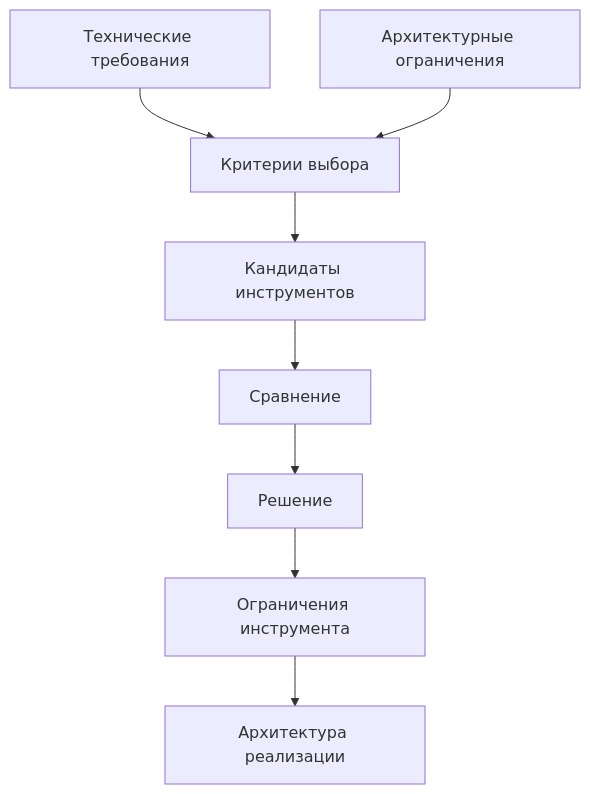
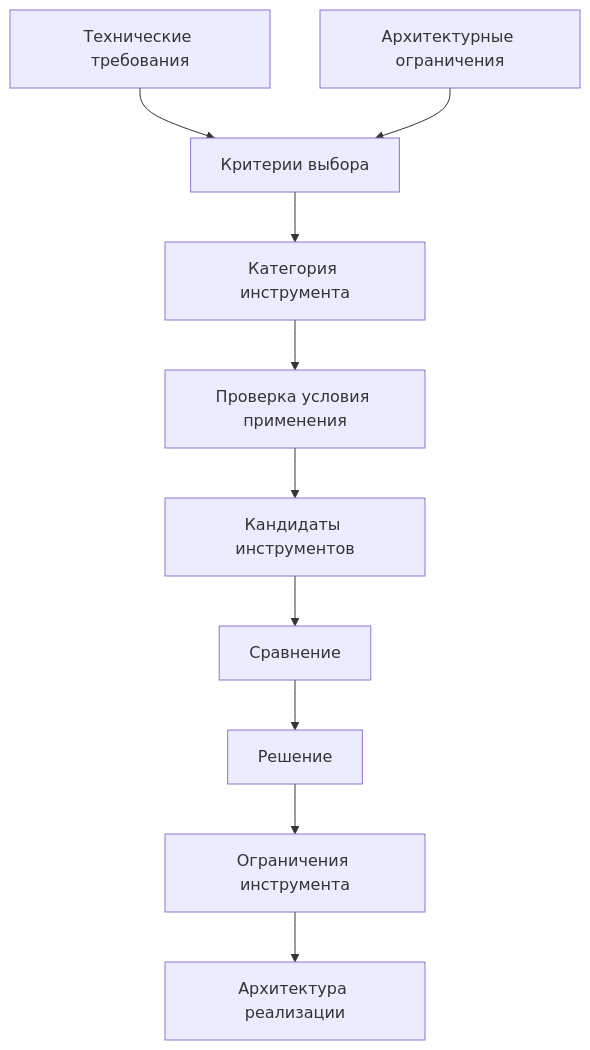
The third of 3 diagrams in docs/03_roadmaps/Roadmap_Toolchain_Selection.md (Mvil34998/Programming-Digital-Systems), drawn with Mermaid before and after one commit. The commit also changed other lines of this file, not shown here.

Commit message:
Update toolchain roadmap categories

````diff
--- a/docs/03_roadmaps/Roadmap_Toolchain_Selection.md
+++ b/docs/03_roadmaps/Roadmap_Toolchain_Selection.md
@@ -471,10 +439,12 @@
 ```mermaid
 flowchart TD
     A[Технические требования] --> B[Критерии выбора]
     C[Архитектурные ограничения] --> B
-    B --> D[Кандидаты инструментов]
-    D --> E[Сравнение]
-    E --> F[Решение]
-    F --> G[Ограничения инструмента]
-    G --> H[Архитектура реализации]
+    B --> D[Категория инструмента]
+    D --> E[Проверка условия применения]
+    E --> F[Кандидаты инструментов]
+    F --> G[Сравнение]
+    G --> H[Решение]
+    H --> I[Ограничения инструмента]
+    I --> J[Архитектура реализации]
 ```
````
